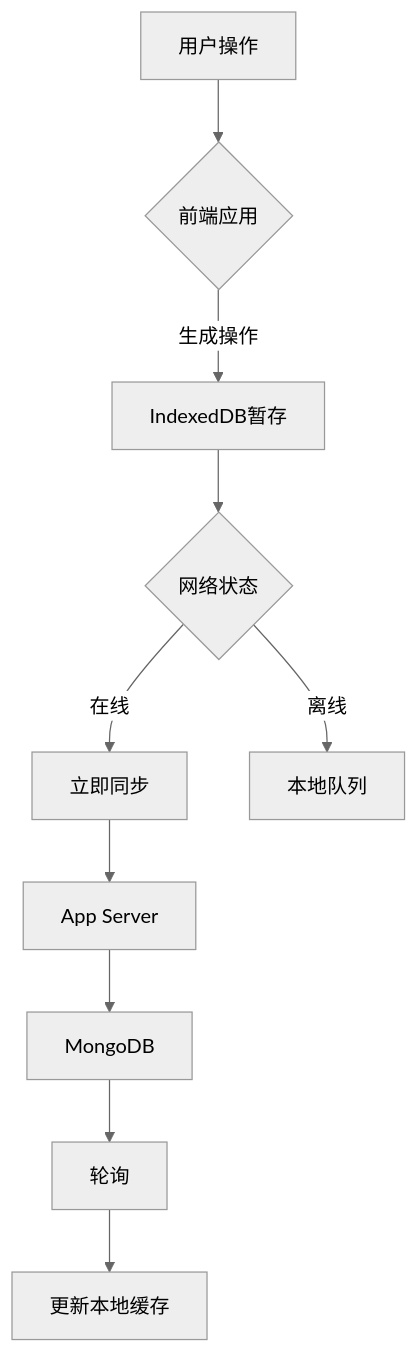
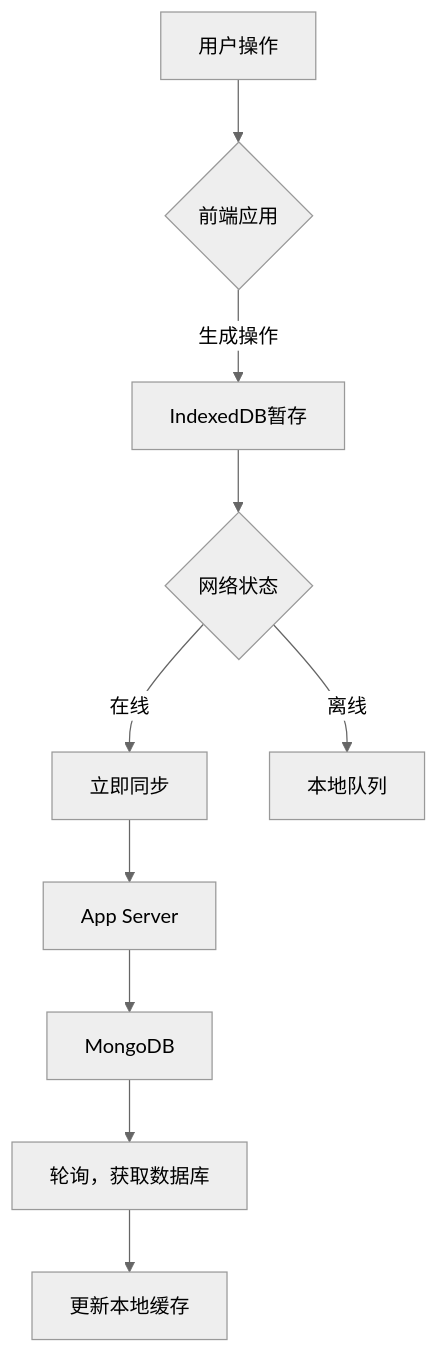
One commit to yingjianzh/iodraw-files changed the diagram in all/未命名-21.md. Above: the diagram before and after it, drawn with Mermaid (neutral theme).

Commit message:
2025-02-17 14:46:54 update

````diff
--- a/all/未命名-21.md
+++ b/all/未命名-21.md
@@ -1,12 +1,12 @@
 ```mermaid
 graph TD
     A[用户操作] --> B{前端应用}
     B -->|生成操作| C[IndexedDB暂存]
     C --> D{网络状态}
     D -->|在线| E[立即同步]
     D -->|离线| F[本地队列]
     E --> G[App Server]
     G --> H[MongoDB]
-    H --> I[轮询]
+    H --> I[轮询，获取数据库]
     I --> K[更新本地缓存]
 ```
````
